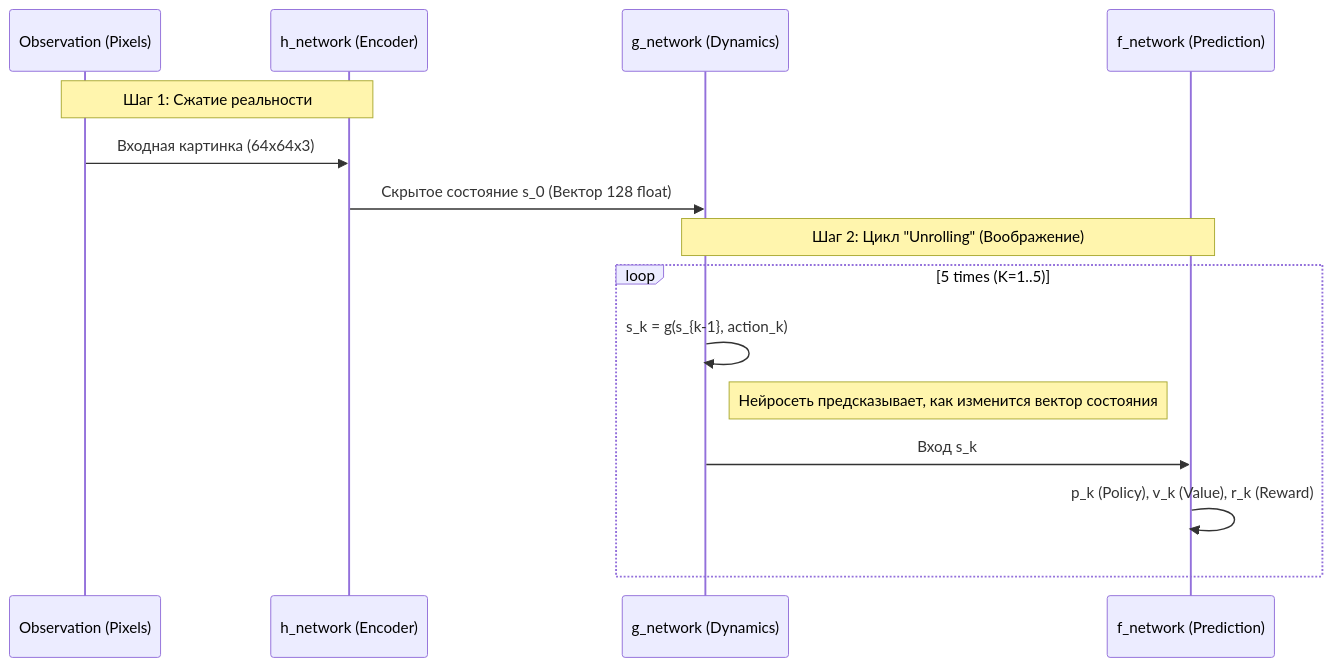
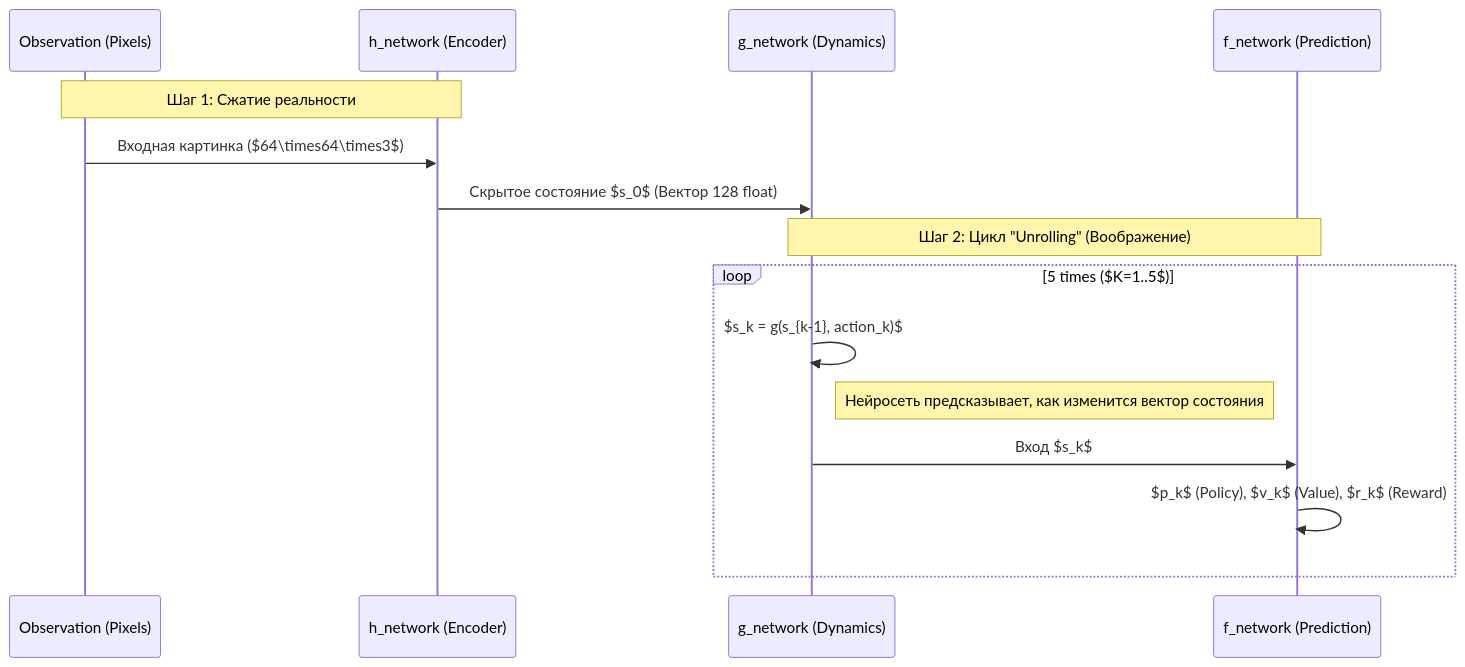
The first of 2 diagrams in task_4/WORLD_MACHINE_LEARNING_PATTERNS.md (mrnamazbek/KBTU_advanced_software_paradigms), drawn with Mermaid before and after one commit. The commit also changed other lines of this file, not shown here.

Commit message:
Fix Mermaid diagram syntax and enforce LaTeX formulas in Senior Guide

````diff
--- a/task_4/WORLD_MACHINE_LEARNING_PATTERNS.md
+++ b/task_4/WORLD_MACHINE_LEARNING_PATTERNS.md
@@ -30,19 +30,19 @@
 ```mermaid
 sequenceDiagram
     participant Obs as Observation (Pixels)
     participant Enc as h_network (Encoder)
     participant Dyn as g_network (Dynamics)
     participant Pred as f_network (Prediction)
     
     Note over Obs, Enc: Шаг 1: Сжатие реальности
-    Obs->>Enc: Входная картинка (64x64x3)
-    Enc->>Dyn: Скрытое состояние s_0 (Вектор 128 float)
+    Obs->>Enc: Входная картинка ($64\times64\times3$)
+    Enc->>Dyn: Скрытое состояние $s_0$ (Вектор 128 float)
     
     Note over Dyn, Pred: Шаг 2: Цикл "Unrolling" (Воображение)
-    loop 5 times (K=1..5)
-        Dyn->>Dyn: s_k = g(s_{k-1}, action_k)
+    loop 5 times ($K=1..5$)
+        Dyn->>Dyn: $s_k = g(s_{k-1}, action_k)$
         Note right of Dyn: Нейросеть предсказывает, как изменится вектор состояния
-        Dyn->>Pred: Вход s_k
-        Pred->>Pred: p_k (Policy), v_k (Value), r_k (Reward)
+        Dyn->>Pred: Вход $s_k$
+        Pred->>Pred: $p_k$ (Policy), $v_k$ (Value), $r_k$ (Reward)
     end
 ```
````
